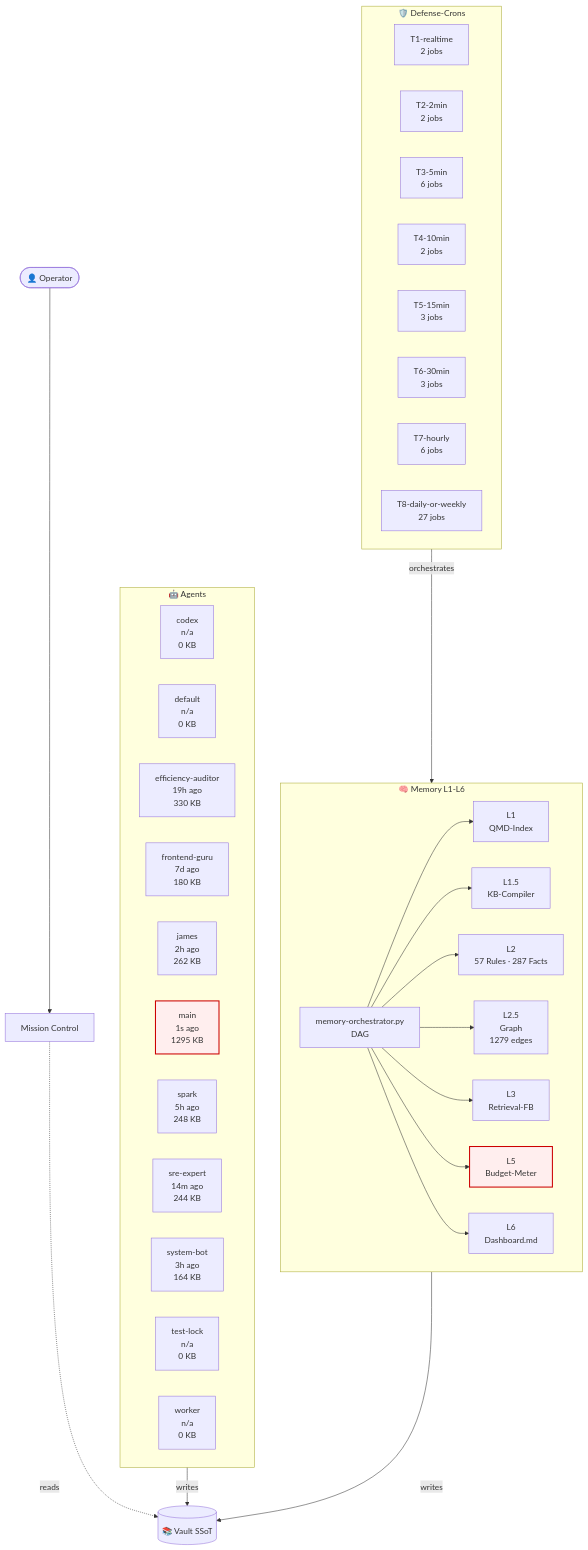
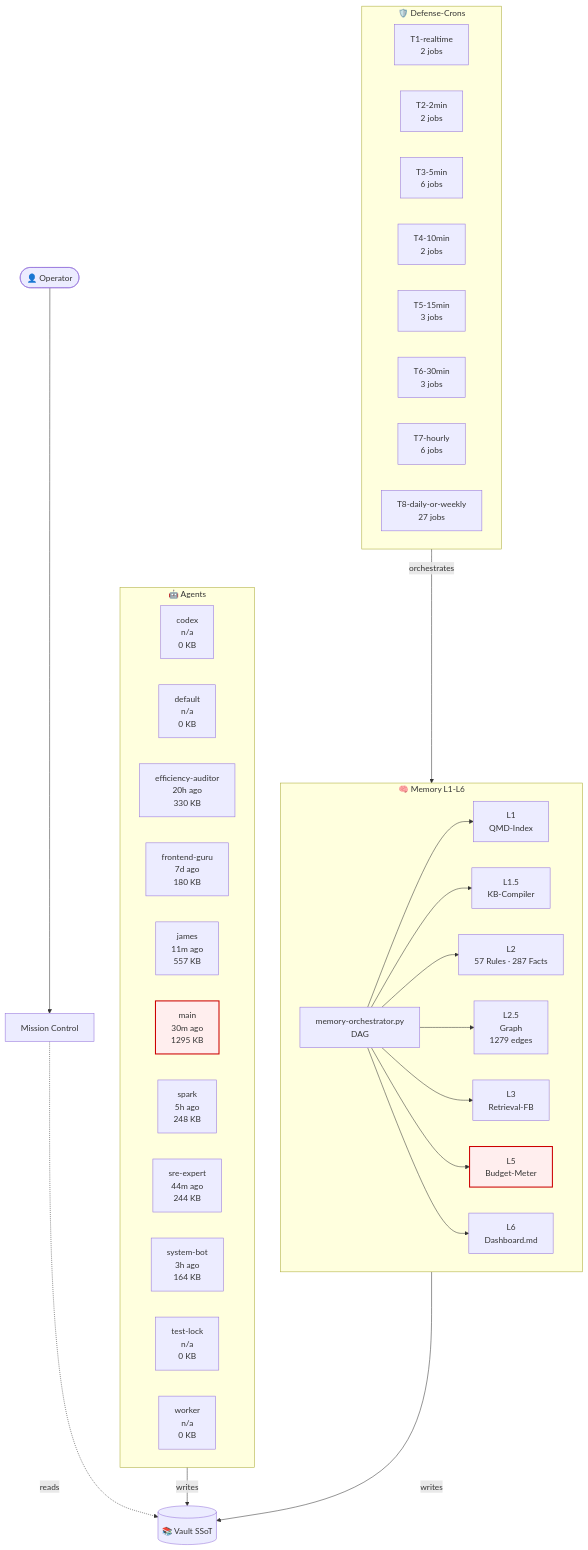
The diagram in 03-Agents/architecture-live.md (lenardhuebner88-rgb/openclaw-memory), drawn with Mermaid before and after one commit. The commit also changed other lines of this file and 1 other file, not shown here.

````diff
--- a/03-Agents/architecture-live.md
+++ b/03-Agents/architecture-live.md
@@ -18,54 +18,54 @@
 ```mermaid
 flowchart TB
     classDef critical fill:#fee,stroke:#c00,stroke-width:2px;
     subgraph AGT["🤖 Agents"]
         agent_codex["codex<br/>n/a<br/>0 KB"]
         agent_default["default<br/>n/a<br/>0 KB"]
-        agent_efficiency_auditor["efficiency-auditor<br/>19h ago<br/>330 KB"]
+        agent_efficiency_auditor["efficiency-auditor<br/>20h ago<br/>330 KB"]
         agent_frontend_guru["frontend-guru<br/>7d ago<br/>180 KB"]
-        agent_james["james<br/>2h ago<br/>262 KB"]
-        agent_main["main<br/>1s ago<br/>1295 KB"]
+        agent_james["james<br/>11m ago<br/>557 KB"]
+        agent_main["main<br/>30m ago<br/>1295 KB"]
         agent_spark["spark<br/>5h ago<br/>248 KB"]
-        agent_sre_expert["sre-expert<br/>14m ago<br/>244 KB"]
+        agent_sre_expert["sre-expert<br/>44m ago<br/>244 KB"]
         agent_system_bot["system-bot<br/>3h ago<br/>164 KB"]
         agent_test_lock["test-lock<br/>n/a<br/>0 KB"]
         agent_worker["worker<br/>n/a<br/>0 KB"]
     end
     subgraph MEM["🧠 Memory L1-L6"]
         L1["L1<br/>QMD-Index"]
         L15["L1.5<br/>KB-Compiler"]
         L2["L2<br/>57 Rules · 287 Facts"]
         L25["L2.5<br/>Graph<br/>1279 edges"]
         L3["L3<br/>Retrieval-FB"]
         L5["L5<br/>Budget-Meter"]
         L6["L6<br/>Dashboard.md"]
         ORCH["memory-orchestrator.py<br/>DAG"]
     end
     subgraph CRN["🛡️ Defense-Crons"]
         tier_T1_realtime["T1-realtime<br/>2 jobs"]
         tier_T2_2min["T2-2min<br/>2 jobs"]
         tier_T3_5min["T3-5min<br/>6 jobs"]
         tier_T4_10min["T4-10min<br/>2 jobs"]
         tier_T5_15min["T5-15min<br/>3 jobs"]
         tier_T6_30min["T6-30min<br/>3 jobs"]
         tier_T7_hourly["T7-hourly<br/>6 jobs"]
         tier_T8_daily_or_weekly["T8-daily-or-weekly<br/>27 jobs"]
     end
     VAULT[("📚 Vault SSoT")]
     OP([👤 Operator])
     MC["Mission Control"]
     OP --> MC
     MC -.reads.-> VAULT
     AGT -->|writes| VAULT
     MEM -->|writes| VAULT
     ORCH --> L1
     ORCH --> L15
     ORCH --> L2
     ORCH --> L25
     ORCH --> L3
     ORCH --> L5
     ORCH --> L6
     CRN -->|orchestrates| MEM
     class L5 critical
     class agent_main critical
 ```
````
